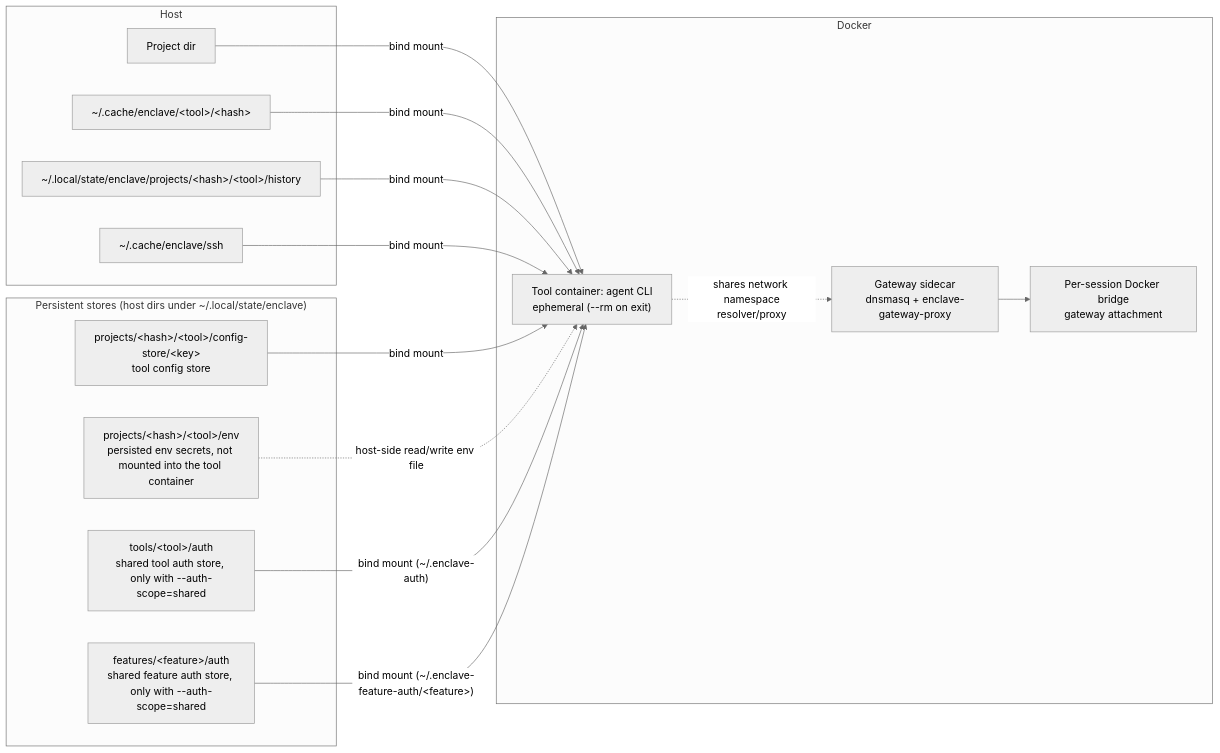
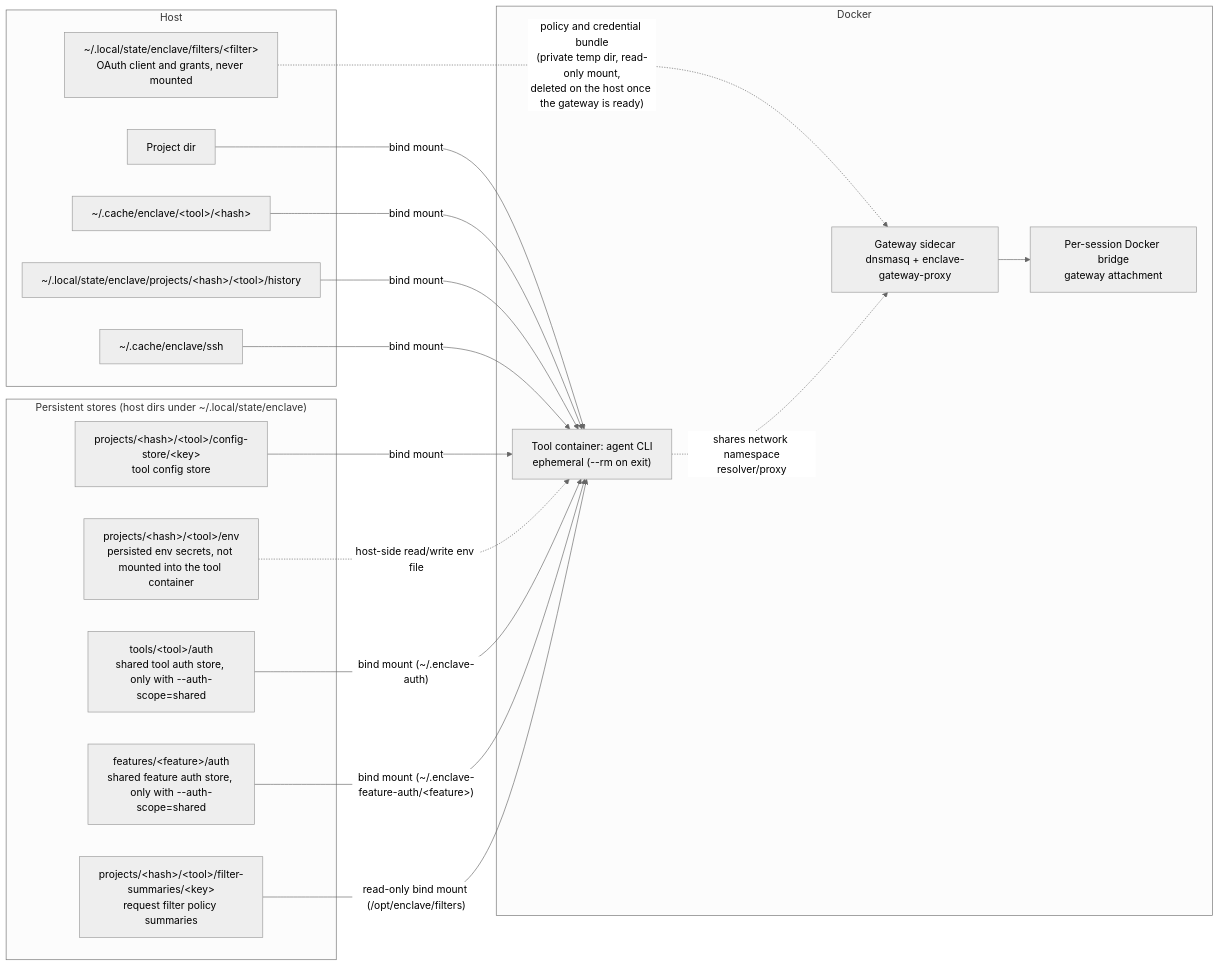
One commit to eclipse-enclave/enclave changed the first of 2 diagrams in docs/ARCHITECTURE.md. Above: the diagram before and after it, drawn with Mermaid (neutral theme). The commit also changed other lines of this file and 215 other files, not shown here.

````diff
--- a/docs/ARCHITECTURE.md
+++ b/docs/ARCHITECTURE.md
@@ -32,33 +35,37 @@
 ```mermaid
 flowchart LR
     subgraph Host
         ProjectDir["Project dir"]
         CacheDir["~/.cache/enclave/&lt;tool&gt;/&lt;hash&gt;"]
         HistoryDir["~/.local/state/enclave/projects/&lt;hash&gt;/&lt;tool&gt;/history"]
         SSHDir["~/.cache/enclave/ssh"]
+        FilterState["~/.local/state/enclave/filters/&lt;filter&gt;<br/>OAuth client and grants, never mounted"]
     end
 
     subgraph Stores["Persistent stores (host dirs under ~/.local/state/enclave)"]
         ConfigStore["projects/&lt;hash&gt;/&lt;tool&gt;/config-store/&lt;key&gt;<br/>tool config store"]
         EnvStore["projects/&lt;hash&gt;/&lt;tool&gt;/env<br/>persisted env secrets, not mounted into the tool container"]
         SharedAuthStore["tools/&lt;tool&gt;/auth<br/>shared tool auth store, only with --auth-scope=shared"]
         FeatureAuthStore["features/&lt;feature&gt;/auth<br/>shared feature auth store, only with --auth-scope=shared"]
+        FilterSummaries["projects/&lt;hash&gt;/&lt;tool&gt;/filter-summaries/&lt;key&gt;<br/>request filter policy summaries"]
     end
 
     subgraph Docker
         DnsNet["Per-session Docker bridge<br/>gateway attachment"]
         Gateway["Gateway sidecar<br/>dnsmasq + enclave-gateway-proxy"]
         Tool["Tool container: agent CLI<br/>ephemeral (--rm on exit)"]
     end
 
     ProjectDir -->|"bind mount"| Tool
     CacheDir -->|"bind mount"| Tool
     HistoryDir -->|"bind mount"| Tool
     SSHDir -->|"bind mount"| Tool
     ConfigStore -->|"bind mount"| Tool
     EnvStore -.->|"host-side read/write env file"| Tool
     SharedAuthStore -->|"bind mount (~/.enclave-auth)"| Tool
     FeatureAuthStore -->|"bind mount (~/.enclave-feature-auth/&lt;feature&gt;)"| Tool
+    FilterSummaries -->|"read-only bind mount (/opt/enclave/filters)"| Tool
+    FilterState -.->|"policy and credential bundle<br/>(private temp dir, read-only mount,<br/>deleted on the host once the gateway is ready)"| Gateway
     Gateway --> DnsNet
     Tool -.->|"shares network namespace<br/>resolver/proxy"| Gateway
 ```
````
